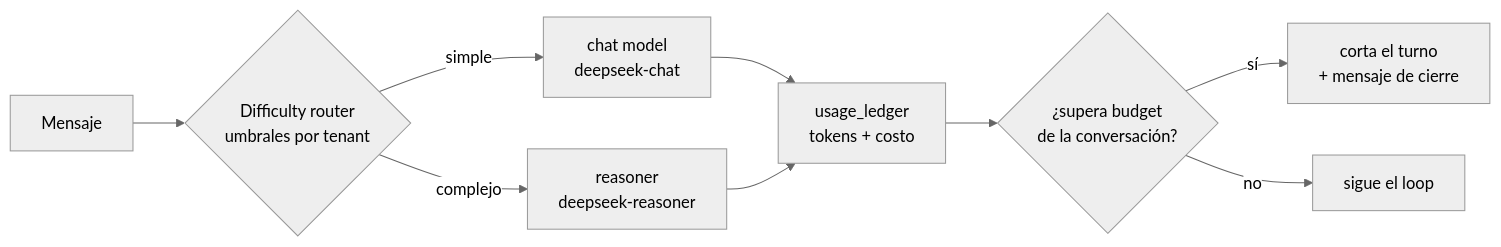
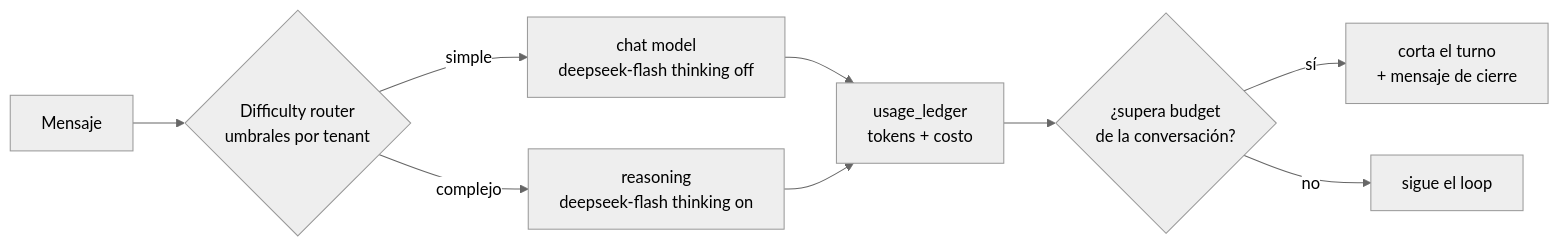
The seventh of 8 diagrams in docs/ASSISTANT-OS.md (devrochy/agent-core), drawn with Mermaid (neutral theme) before and after one commit. The commit also changed other lines of this file and 24 other files, not shown here.

````diff
--- a/docs/ASSISTANT-OS.md
+++ b/docs/ASSISTANT-OS.md
@@ -243,11 +243,11 @@
 ```mermaid
 flowchart LR
   MSG[Mensaje] --> ROUTER{Difficulty router<br/>umbrales por tenant}
-  ROUTER -->|simple| CHAT[chat model<br/>deepseek-chat]
-  ROUTER -->|complejo| REASON[reasoner<br/>deepseek-reasoner]
+  ROUTER -->|simple| CHAT[chat model<br/>deepseek-flash thinking off]
+  ROUTER -->|complejo| REASON[reasoning<br/>deepseek-flash thinking on]
   CHAT --> COST[usage_ledger<br/>tokens + costo]
   REASON --> COST
   COST --> CAP{¿supera budget<br/>de la conversación?}
   CAP -->|sí| CLOSE[corta el turno<br/>+ mensaje de cierre]
   CAP -->|no| NEXT[sigue el loop]
 ```
````
